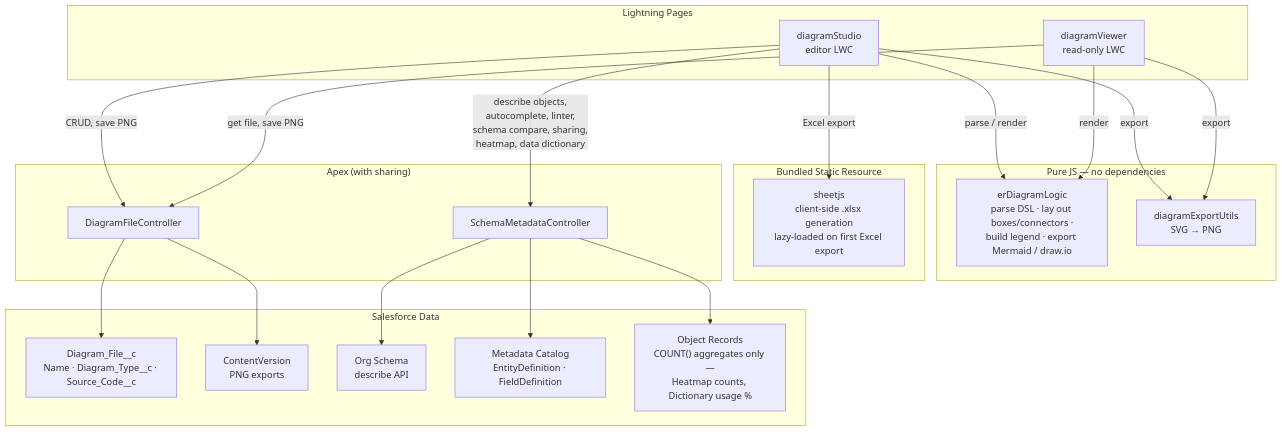
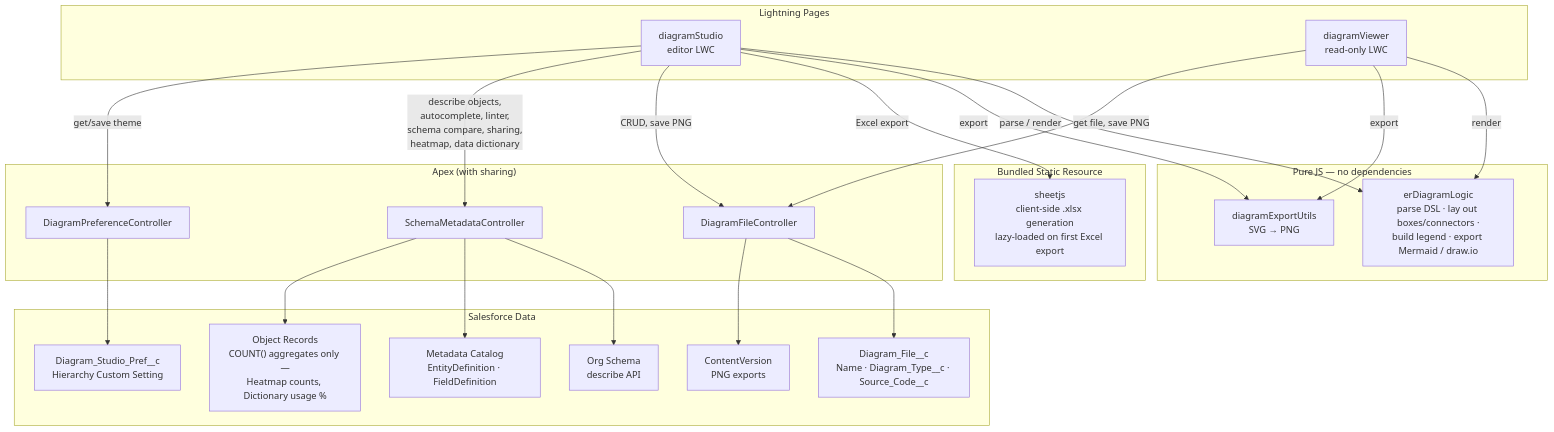
The diagram in README.md (vikascohen/Salesforce-ER-Modeller-Studio), drawn with Mermaid before and after one commit. The commit also changed other lines of this file and 1 other file, not shown here.

````diff
--- a/README.md
+++ b/README.md
@@ -158,45 +194,49 @@
 ```mermaid
 graph TD
     subgraph UI["Lightning Pages"]
         DS["diagramStudio<br/>editor LWC"]
         DV["diagramViewer<br/>read-only LWC"]
     end
 
     subgraph Logic["Pure JS — no dependencies"]
         ERL["erDiagramLogic<br/>parse DSL · lay out boxes/connectors ·<br/>build legend · export Mermaid / draw.io"]
         EXP["diagramExportUtils<br/>SVG → PNG"]
     end
 
     subgraph ThirdParty["Bundled Static Resource"]
         XLSX["sheetjs<br/>client-side .xlsx generation<br/>lazy-loaded on first Excel export"]
     end
 
     subgraph Apex["Apex (with sharing)"]
         DFC["DiagramFileController"]
         SMC["SchemaMetadataController"]
+        DPC["DiagramPreferenceController"]
     end
 
     subgraph Data["Salesforce Data"]
         OBJ["Diagram_File__c<br/>Name · Diagram_Type__c · Source_Code__c"]
         FILES["ContentVersion<br/>PNG exports"]
         SCHEMA["Org Schema<br/>describe API"]
         CATALOG["Metadata Catalog<br/>EntityDefinition · FieldDefinition"]
         RECORDS["Object Records<br/>COUNT() aggregates only —<br/>Heatmap counts, Dictionary usage %"]
+        PREF["Diagram_Studio_Pref__c<br/>Hierarchy Custom Setting"]
     end
 
     DS -- "parse / render" --> ERL
     DS -- "export" --> EXP
     DS -- "Excel export" --> XLSX
     DS -- "CRUD, save PNG" --> DFC
     DS -- "describe objects,<br/>autocomplete, linter,<br/>schema compare, sharing,<br/>heatmap, data dictionary" --> SMC
+    DS -- "get/save theme" --> DPC
 
     DV -- "render" --> ERL
     DV -- "export" --> EXP
     DV -- "get file, save PNG" --> DFC
 
     DFC --> OBJ
     DFC --> FILES
     SMC --> SCHEMA
     SMC --> CATALOG
     SMC --> RECORDS
+    DPC --> PREF
 ```
````
